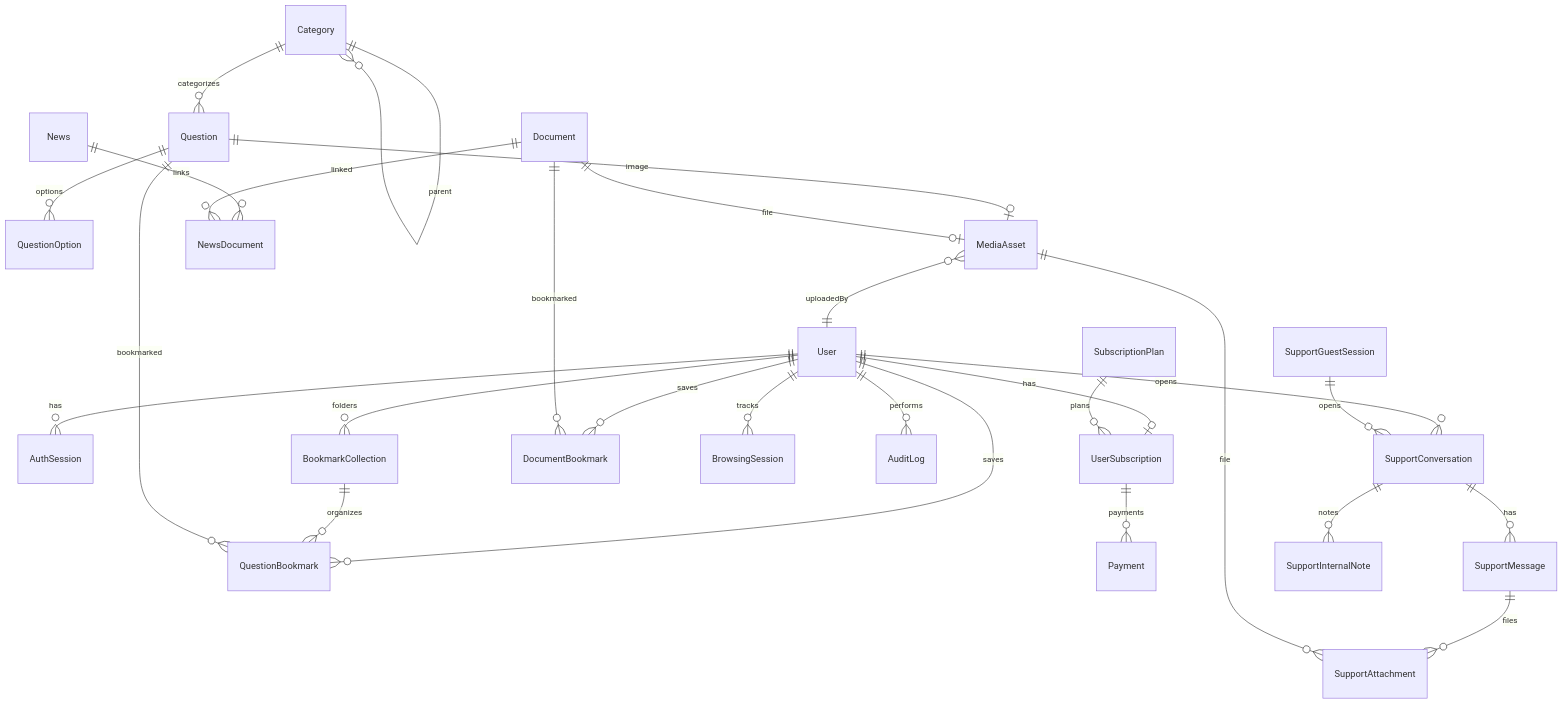
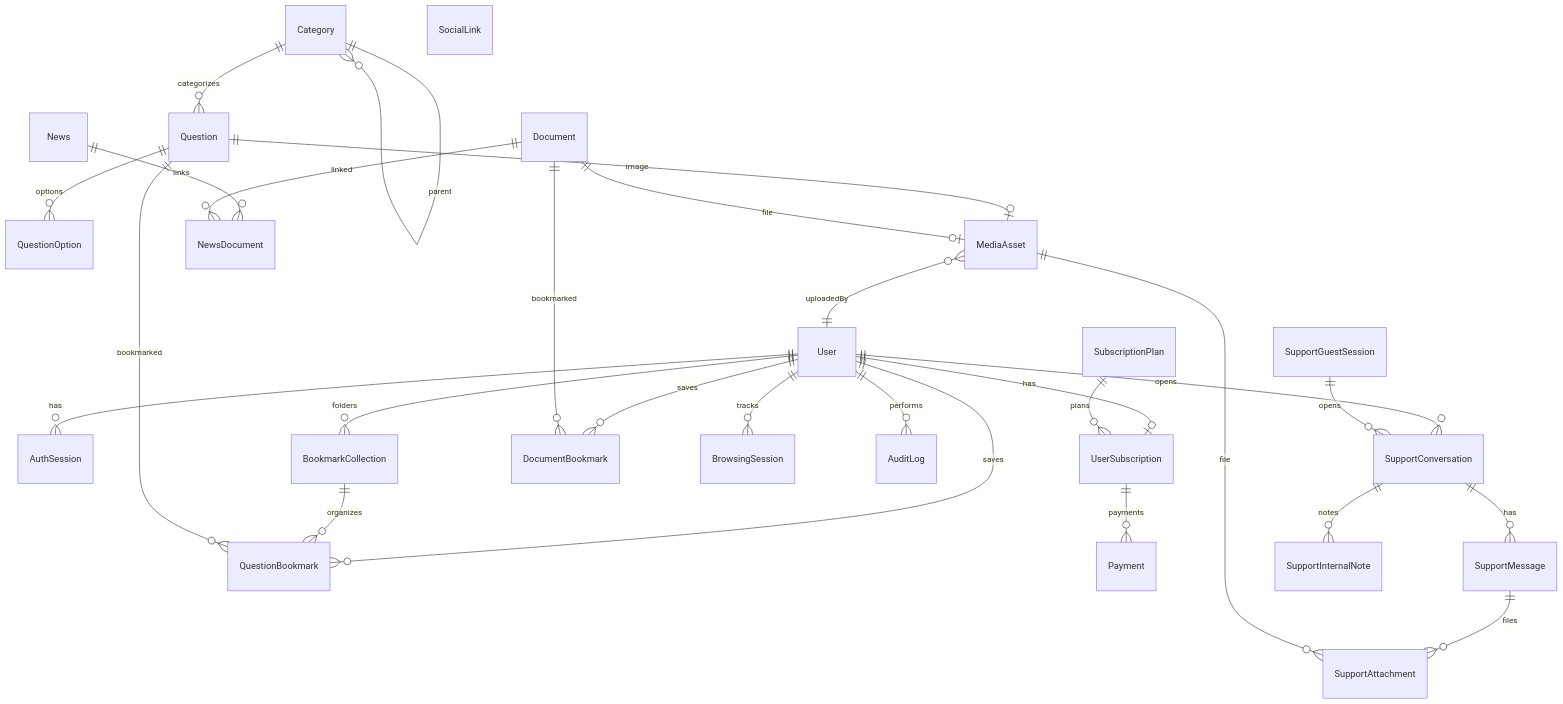
Before and after one commit to reazulislamreaz/your-academy: the diagram in docs/05-database-design.md, drawn with Mermaid. The commit also changed other lines of this file and 54 other files, not shown here.

````diff
--- a/docs/05-database-design.md
+++ b/docs/05-database-design.md
@@ -10,29 +10,30 @@
 ```mermaid
 erDiagram
   User ||--o{ AuthSession : has
   User ||--o| UserSubscription : has
   User ||--o{ BookmarkCollection : folders
   User ||--o{ QuestionBookmark : saves
   User ||--o{ DocumentBookmark : saves
   BookmarkCollection ||--o{ QuestionBookmark : organizes
   User ||--o{ BrowsingSession : tracks
   User ||--o{ AuditLog : performs
   SubscriptionPlan ||--o{ UserSubscription : plans
   UserSubscription ||--o{ Payment : payments
   Category ||--o{ Category : parent
   Category ||--o{ Question : categorizes
   Question ||--o{ QuestionOption : options
   Question ||--o| MediaAsset : image
   Question ||--o{ QuestionBookmark : bookmarked
   News ||--o{ NewsDocument : links
   Document ||--o{ NewsDocument : linked
   Document ||--o| MediaAsset : file
   Document ||--o{ DocumentBookmark : bookmarked
   MediaAsset }o--|| User : uploadedBy
   User ||--o{ SupportConversation : opens
   SupportGuestSession ||--o{ SupportConversation : opens
   SupportConversation ||--o{ SupportMessage : has
   SupportMessage ||--o{ SupportAttachment : files
   SupportConversation ||--o{ SupportInternalNote : notes
   MediaAsset ||--o{ SupportAttachment : file
+  SocialLink
 ```
````
